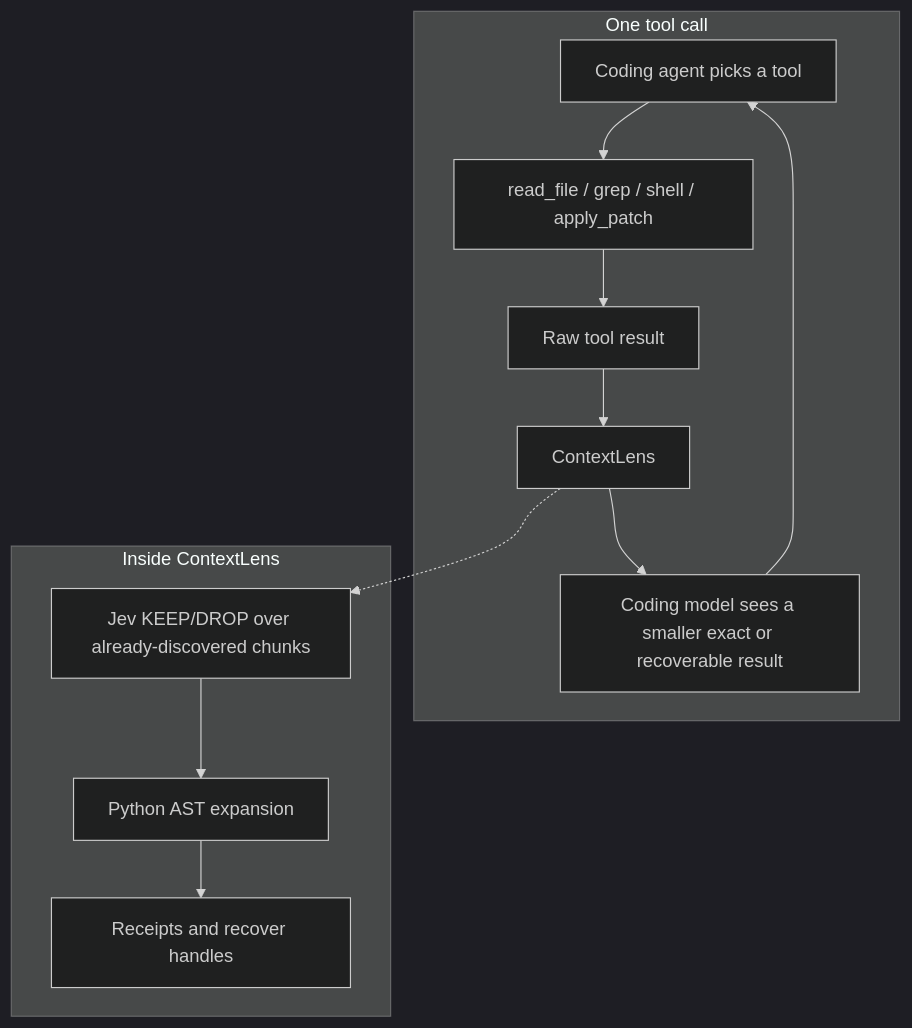
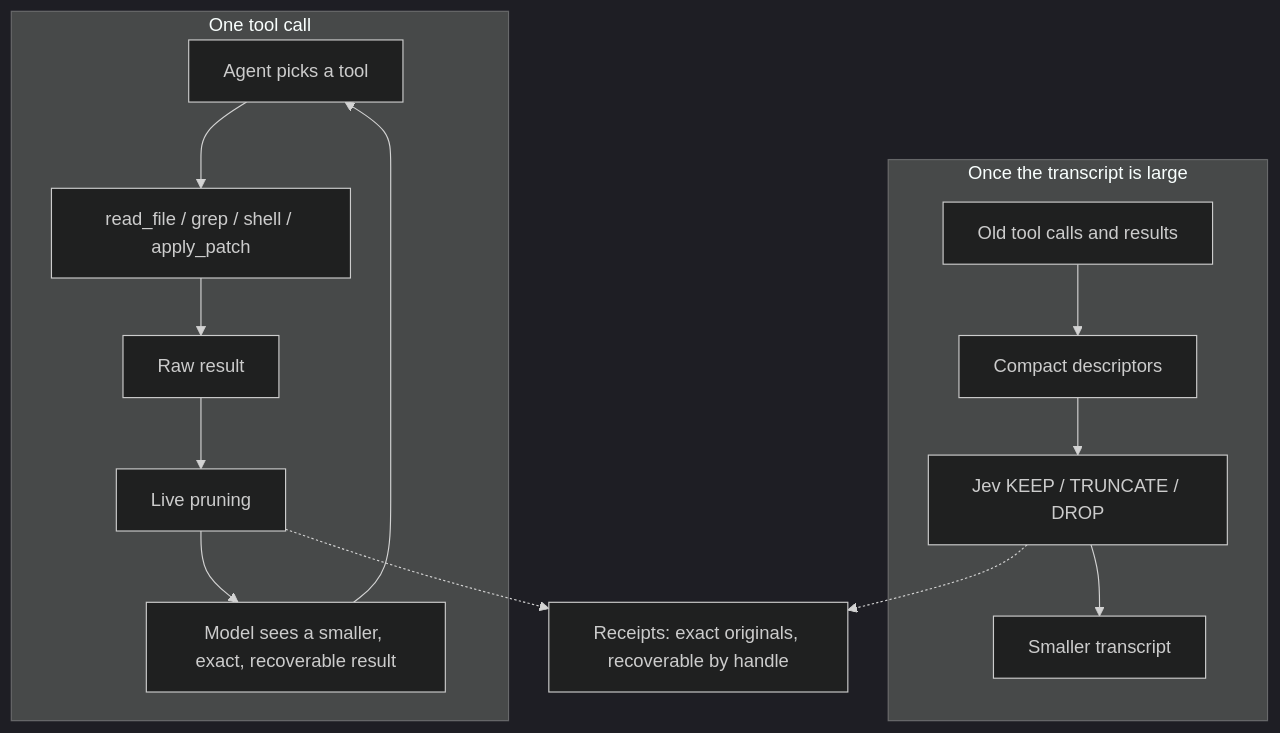
One commit to EvanGruhlkey/ContextLens changed the diagram in README.md. Above: the diagram before and after it, drawn with Mermaid (dark theme). The commit also changed other lines of this file and 1 other file, not shown here.

Commit message:
refresh the readme and changelog for the two-layer architecture

````diff
--- a/README.md
+++ b/README.md
@@ -32,15 +71,17 @@
 ```mermaid
 flowchart TB
-  subgraph play["One tool call"]
-    A["Coding agent picks a tool"] --> T["read_file / grep / shell / apply_patch"]
-    T --> R["Raw tool result"]
-    R --> F["ContextLens"]
-    F --> M["Coding model sees a smaller exact or recoverable result"]
+  subgraph turn["One tool call"]
+    A["Agent picks a tool"] --> T["read_file / grep / shell / apply_patch"]
+    T --> R["Raw result"]
+    R --> P["Live pruning"]
+    P --> M["Model sees a smaller, exact, recoverable result"]
     M --> A
   end
-  subgraph filter["Inside ContextLens"]
-    J["Jev KEEP/DROP over already-discovered chunks"] --> S["Python AST expansion"]
-    S --> H["Receipts and recover handles"]
+  subgraph session["Once the transcript is large"]
+    H["Old tool calls and results"] --> D["Compact descriptors"]
+    D --> C["Jev KEEP / TRUNCATE / DROP"]
+    C --> S["Smaller transcript"]
   end
-  F -.-> J
+  P -.-> K["Receipts: exact originals, recoverable by handle"]
+  C -.-> K
 ```
````
